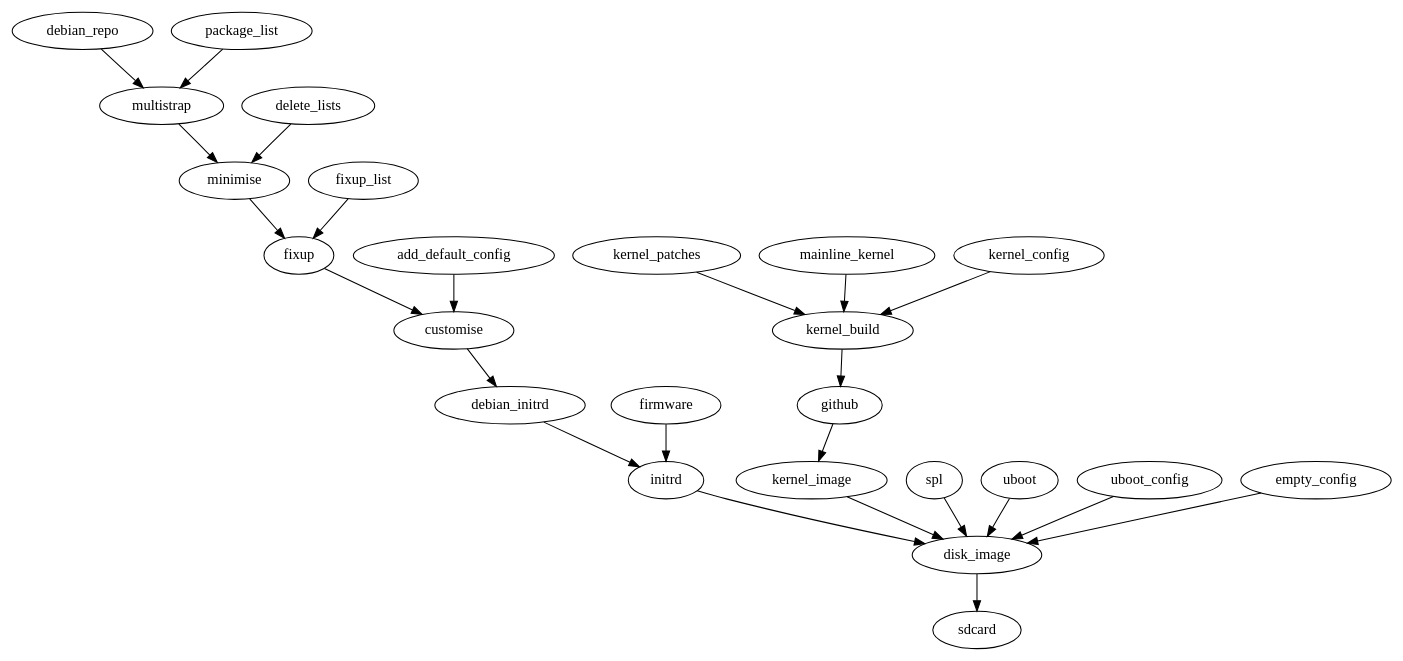
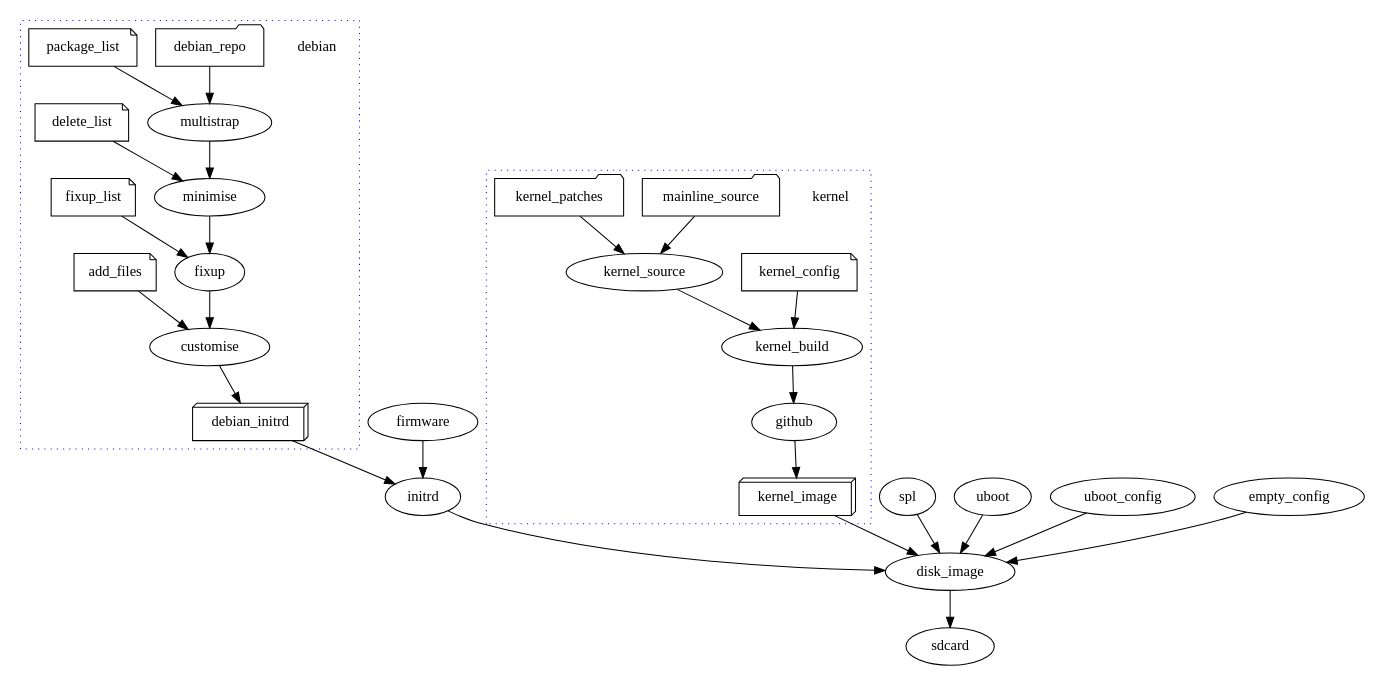
Before and after one commit to tomeshnet/mesh-orange: the diagram in docs/build.dot, drawn with Graphviz.

Commit message:
Add Boxes around main sub-builds

```diff
--- a/docs/build.dot
+++ b/docs/build.dot
@@ -1,31 +1,58 @@
 #
 # Outline how the build process works
 #
 
 digraph g{
 
-    debian_repo -> multistrap -> minimise -> fixup -> customise -> debian_initrd;
+    subgraph cluster_debian {
+        debian [shape=plaintext];
+        graph[style=dotted];
+        color=blue;
 
-    package_list -> multistrap;
-    delete_lists -> minimise;
-    fixup_list -> fixup;
-    add_default_config -> customise;
+        debian_repo [shape=folder];
+        package_list [shape=note];
+        delete_list [shape=note];
+        fixup_list [shape=note];
+        add_files [shape=note];
+        debian_initrd [shape=box3d];
+
+        debian_repo -> multistrap -> minimise -> fixup -> customise;
+
+        package_list -> multistrap;
+        delete_list -> minimise;
+        fixup_list -> fixup;
+        add_files -> customise;
+
+        customise -> debian_initrd;
+    }
     
-    kernel_patches -> kernel_build;
-    mainline_kernel -> kernel_build;
-    kernel_config -> kernel_build;
+    subgraph cluster_kernel {
+        kernel [shape=plaintext];
+        graph[style=dotted];
+        color=blue;
 
-    kernel_build -> github -> kernel_image;
+        kernel_config [shape=note];
+        mainline_source [shape=folder];
+        kernel_patches [shape=folder];
+        kernel_image [shape=box3d];
+
+        kernel_patches -> kernel_source;
+        mainline_source -> kernel_source;
+        kernel_source -> kernel_build;
+        kernel_config -> kernel_build;
+
+        kernel_build -> github -> kernel_image;
+    }
 
     firmware -> initrd;
     debian_initrd -> initrd;
     kernel_image -> disk_image;
 
     spl -> disk_image;
     uboot -> disk_image;
     uboot_config -> disk_image;
     initrd -> disk_image;
     empty_config -> disk_image;
 
     disk_image -> sdcard;
 }
```
